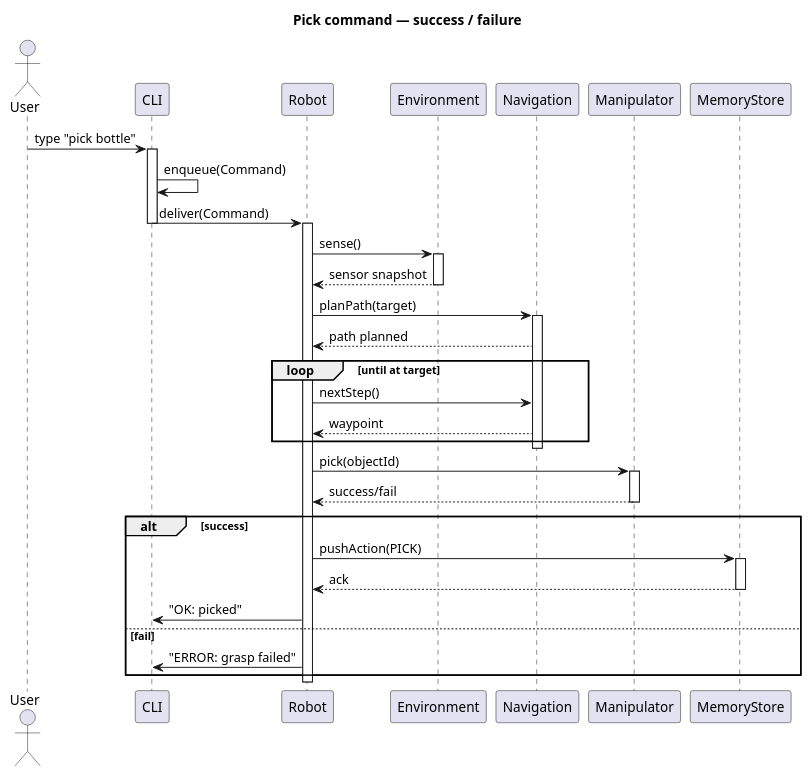
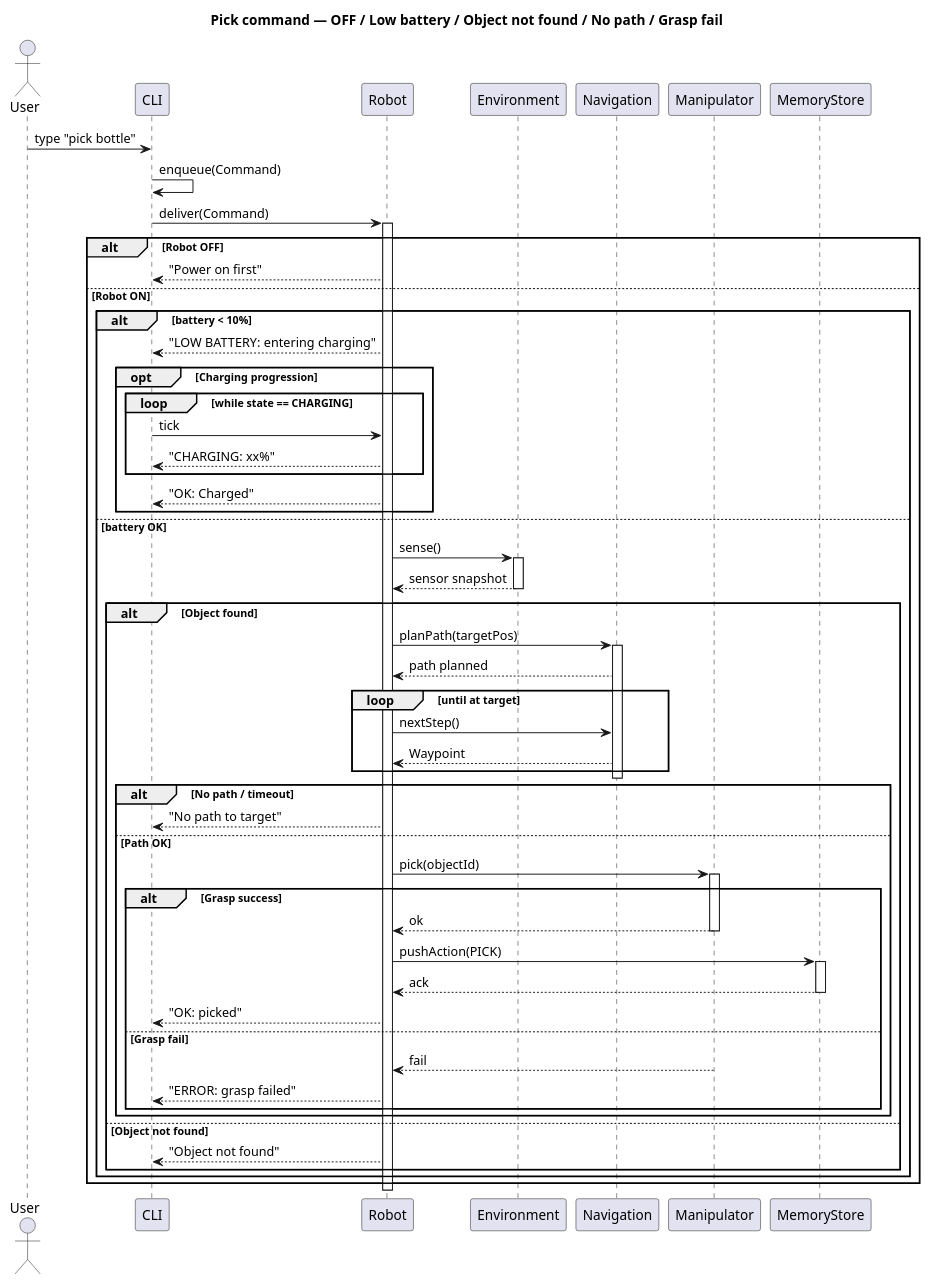
The diagram in OOP_PCOM7E_Assignment/uml/sequence_diagram.puml (va-angelier/va-angelier.github.io), drawn with PlantUML before and after one commit. The commit also changed 11 other files, not shown here.

```diff
--- a/OOP_PCOM7E_Assignment/uml/sequence_diagram.puml
+++ b/OOP_PCOM7E_Assignment/uml/sequence_diagram.puml
@@ -1,48 +1,72 @@
 @startuml
-title Pick command — success / failure
+title Pick command — OFF / Low battery / Object not found / No path / Grasp fail
 
 actor User
 participant CLI
 participant Robot
 participant Environment
 participant Navigation
 participant Manipulator
 participant MemoryStore
 
 User -> CLI : type "pick bottle"
-activate CLI
 CLI -> CLI : enqueue(Command)
 CLI -> Robot : deliver(Command)
-deactivate CLI
+activate Robot
 
-activate Robot
-Robot -> Environment : sense()
-activate Environment
-Environment --> Robot : sensor snapshot
-deactivate Environment
+alt Robot OFF
+  Robot --> CLI : "Power on first"
 
-Robot -> Navigation : planPath(target)
-activate Navigation
-Navigation --> Robot : path planned
-loop until at target
-  Robot -> Navigation : nextStep()
-  Navigation --> Robot : waypoint
+else Robot ON
+  alt battery < 10%
+    Robot --> CLI : "LOW BATTERY: entering charging"
+    opt Charging progression
+      loop while state == CHARGING
+        CLI -> Robot : tick
+        Robot --> CLI : "CHARGING: xx%"
+      end
+      Robot --> CLI : "OK: Charged"
+    end
+  else battery OK
+    Robot -> Environment : sense()
+    activate Environment
+    Environment --> Robot : sensor snapshot
+    deactivate Environment
+
+    alt Object found
+      Robot -> Navigation : planPath(targetPos)
+      activate Navigation
+      Navigation --> Robot : path planned
+      loop until at target
+        Robot -> Navigation : nextStep()
+        Navigation --> Robot : Waypoint
+      end
+      deactivate Navigation
+
+      alt No path / timeout
+        Robot --> CLI : "No path to target"
+      else Path OK
+        Robot -> Manipulator : pick(objectId)
+        activate Manipulator
+        alt Grasp success
+          Manipulator --> Robot : ok
+          deactivate Manipulator
+          Robot -> MemoryStore : pushAction(PICK)
+          activate MemoryStore
+          MemoryStore --> Robot : ack
+          deactivate MemoryStore
+          Robot --> CLI : "OK: picked"
+        else Grasp fail
+          Manipulator --> Robot : fail
+          deactivate Manipulator
+          Robot --> CLI : "ERROR: grasp failed"
+        end
+      end
+    else Object not found
+      Robot --> CLI : "Object not found"
+    end
+  end
 end
-deactivate Navigation
 
-Robot -> Manipulator : pick(objectId)
-activate Manipulator
-Manipulator --> Robot : success/fail
-deactivate Manipulator
-
-alt success
-  Robot -> MemoryStore : pushAction(PICK)
-  activate MemoryStore
-  MemoryStore --> Robot : ack
-  deactivate MemoryStore
-  Robot -> CLI : "OK: picked"
-else fail
-  Robot -> CLI : "ERROR: grasp failed"
-end
 deactivate Robot
 @enduml
```
